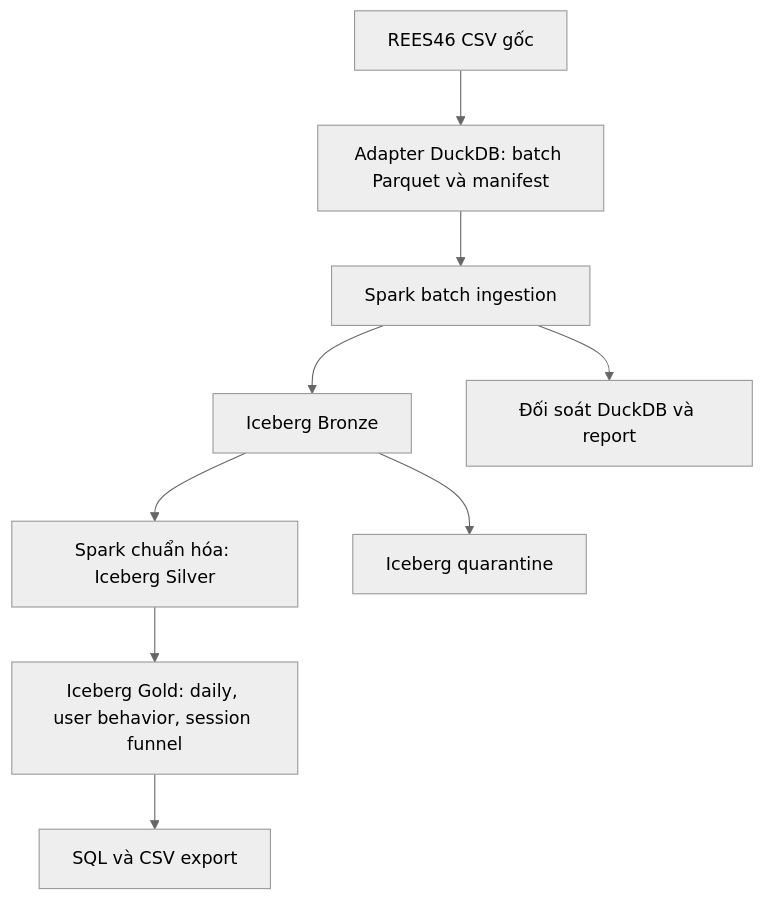
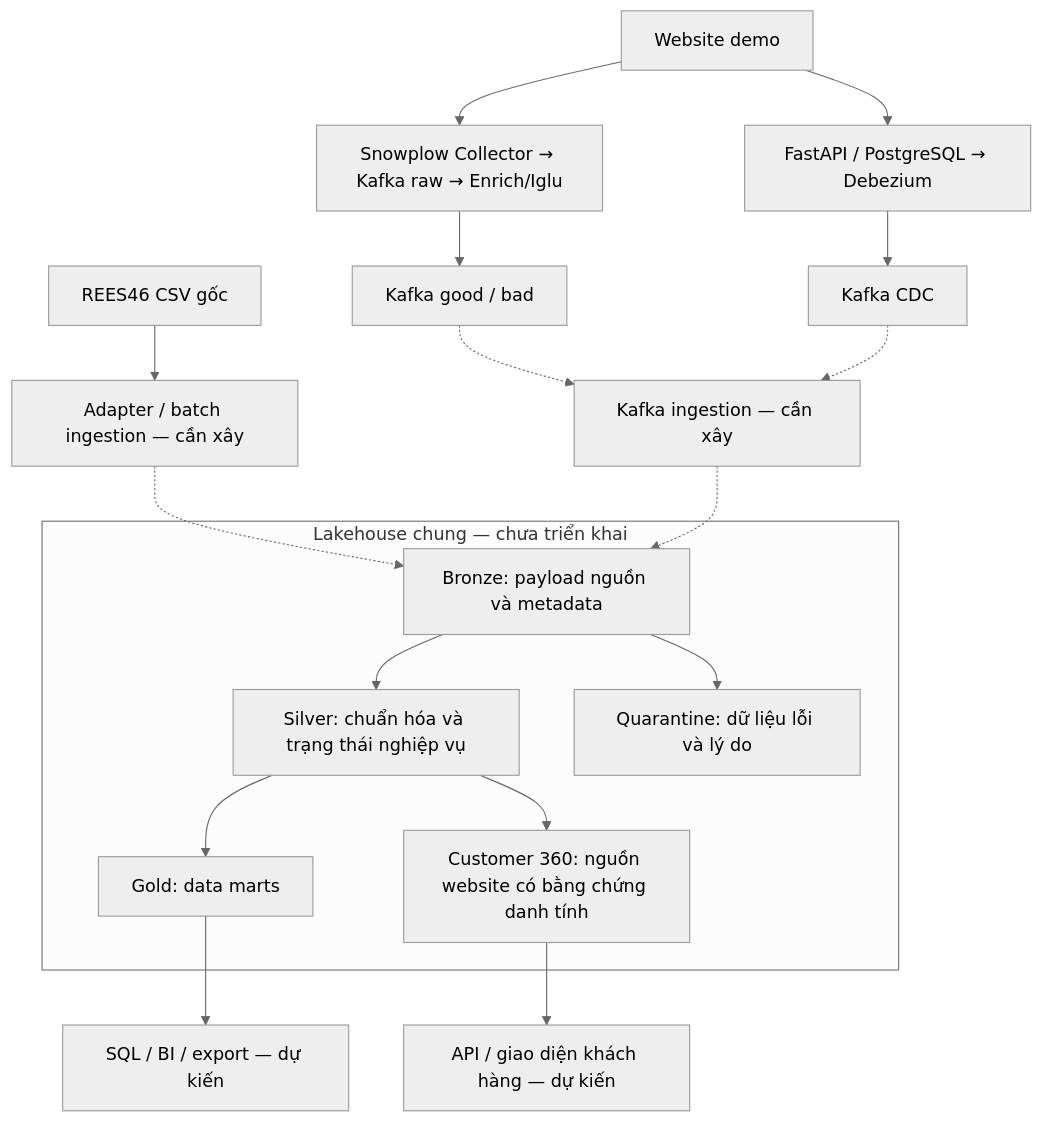
Before and after one commit to LeLamVT88/Customer-Data-Platform: the diagram in docs/project-plan.md, drawn with Mermaid (neutral theme). The commit also changed other lines of this file and 31 other files, not shown here.

````diff
--- a/docs/project-plan.md
+++ b/docs/project-plan.md
@@ -61,11 +70,25 @@
 ```mermaid
 flowchart TD
-    R[REES46 CSV gốc] --> A[Adapter DuckDB: batch Parquet và manifest]
-    A --> J[Spark batch ingestion]
-    J --> B[Iceberg Bronze]
-    B --> S[Spark chuẩn hóa: Iceberg Silver]
-    B --> Q[Iceberg quarantine]
-    S --> G[Iceberg Gold: daily, user behavior, session funnel]
-    G --> X[SQL và CSV export]
-    J --> V[Đối soát DuckDB và report]
+    R[REES46 CSV gốc] --> RB[Adapter / batch ingestion — cần xây]
+    W[Website demo] --> T[Snowplow Collector → Kafka raw → Enrich/Iglu]
+    T --> K[Kafka good / bad]
+    W --> P[FastAPI / PostgreSQL → Debezium]
+    P --> C[Kafka CDC]
+    K -.-> I[Kafka ingestion — cần xây]
+    C -.-> I
+    subgraph L[Lakehouse chung — chưa triển khai]
+      B[Bronze: payload nguồn và metadata]
+      S[Silver: chuẩn hóa và trạng thái nghiệp vụ]
+      Q[Quarantine: dữ liệu lỗi và lý do]
+      G[Gold: data marts]
+      U[Customer 360: nguồn website có bằng chứng danh tính]
+      B --> S
+      B --> Q
+      S --> G
+      S --> U
+    end
+    RB -.-> B
+    I -.-> B
+    G --> BI[SQL / BI / export — dự kiến]
+    U --> API[API / giao diện khách hàng — dự kiến]
 ```
````
